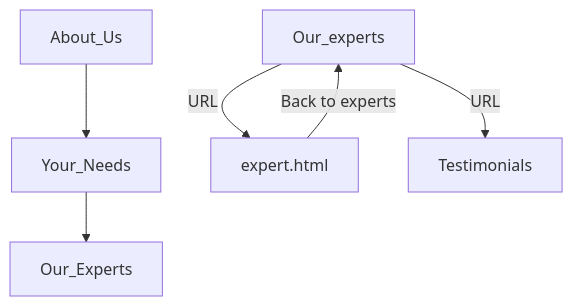
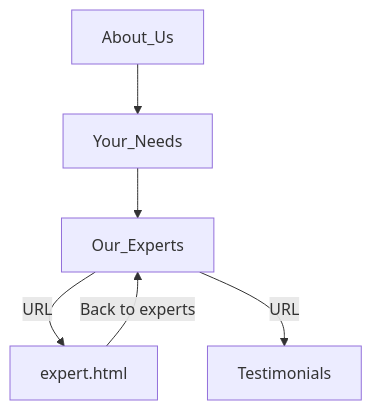
Before and after one commit to FAC29A/alex-portfolio: the diagram in learnings/markup.md, drawn with Mermaid.

````diff
--- a/learnings/markup.md
+++ b/learnings/markup.md
@@ -32,7 +32,7 @@
 ```mermaid
 graph TD;
     About_Us-->Your_Needs;
     Your_Needs-->Our_Experts;
-    Our_experts-->|URL|expert.html & Testimonials;
-    expert.html-->|Back to experts|Our_experts;
+    Our_Experts-->|URL|expert.html & Testimonials;
+    expert.html-->|Back to experts|Our_Experts;
 ```
````
